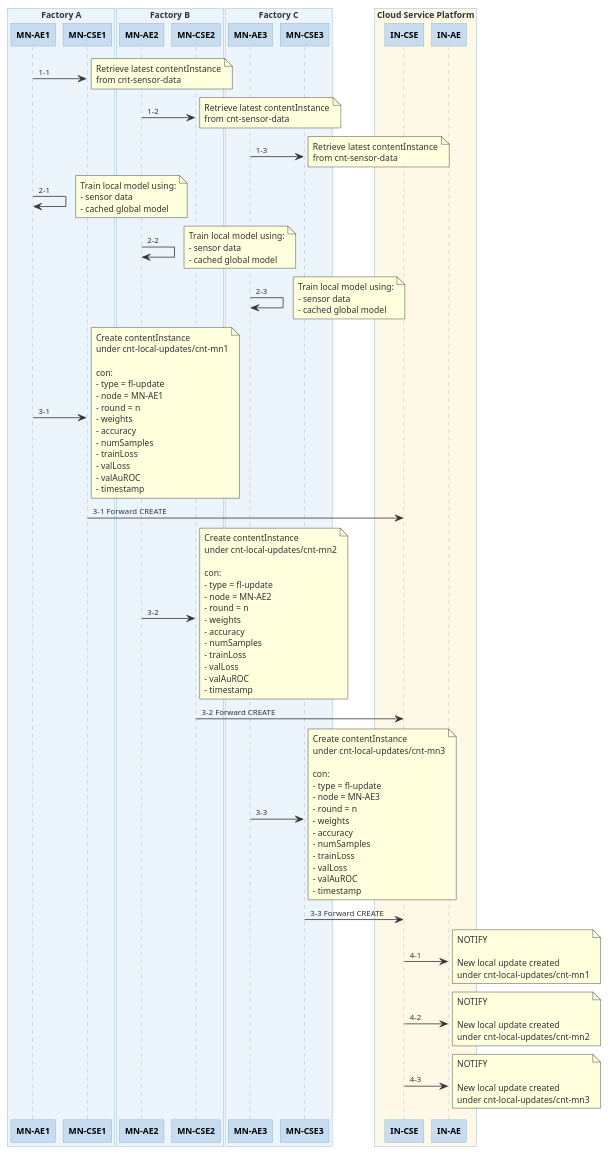
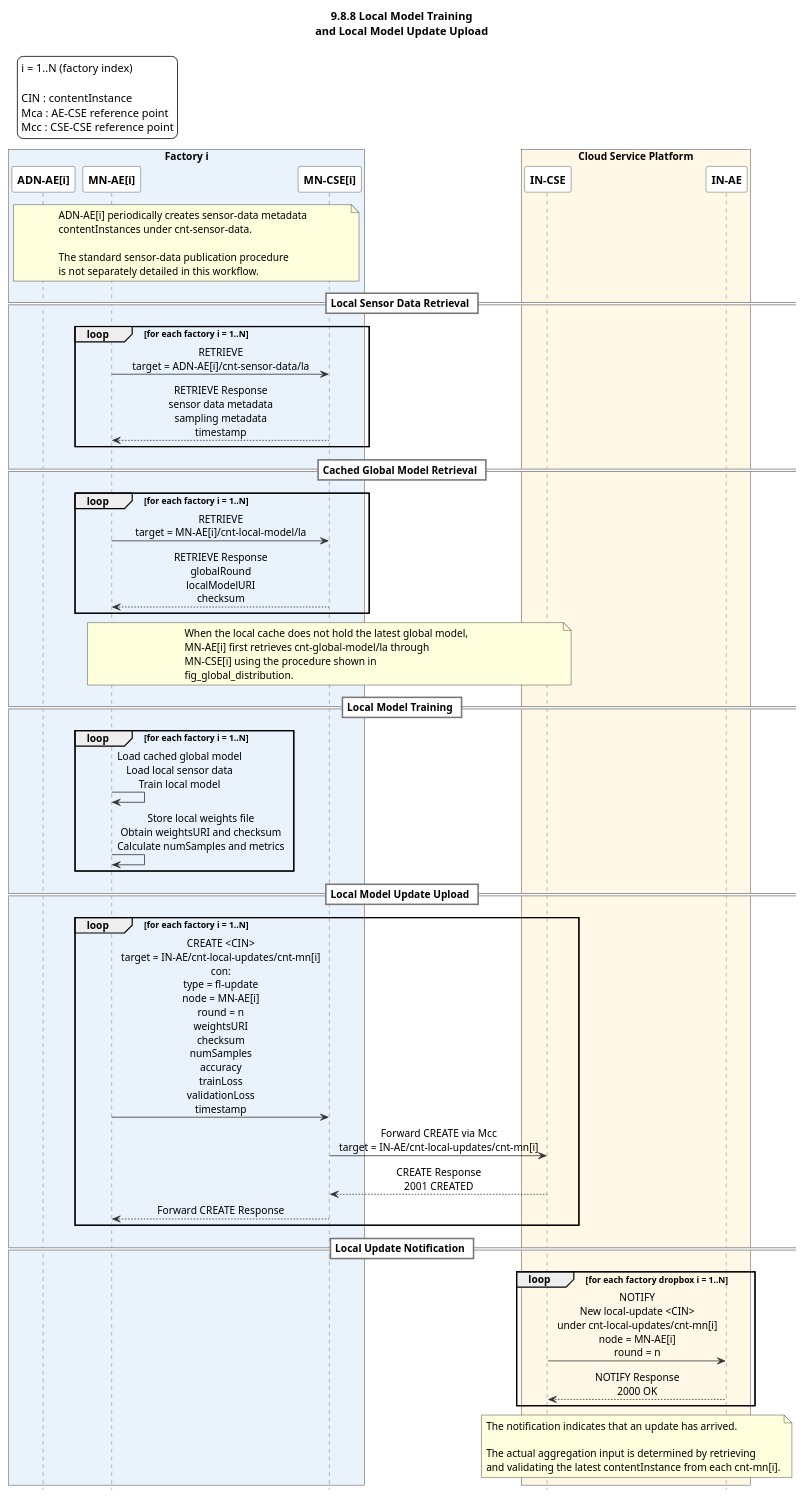
Before and after one commit to Kangjiyun1234/FL: the diagram in FL-diagrams/fig_local_training.puml, drawn with PlantUML. The commit also changed 9 other files, not shown here.

Commit message:
docs: oneM2M FL 절차 다이어그램 구조 및 표기 정리

```diff
--- a/FL-diagrams/fig_local_training.puml
+++ b/FL-diagrams/fig_local_training.puml
@@ -1,190 +1,115 @@
-@startuml fig_local_training
+@startuml
+title 9.8.8 Local Model Training\nand Local Model Update Upload
 
-skinparam roundCorner 0
-skinparam DefaultFontName Arial
-skinparam DefaultFontSize 11
-skinparam DefaultFontColor #333333
-skinparam DefaultFontStyle plain
+hide footbox
+
+skinparam backgroundColor white
+skinparam shadowing false
+skinparam defaultFontName Arial
+skinparam sequenceMessageAlign center
 
 skinparam sequence {
-    ParticipantBackgroundColor #C8DCF0
-    ParticipantFontName Arial
-    ParticipantFontColor black
-    ParticipantBorderColor #7BA7C7
-    ParticipantFontSize 11
+    ArrowColor #333333
+    LifeLineBorderColor #555555
+    LifeLineBackgroundColor white
+    ParticipantBorderColor #333333
+    ParticipantBackgroundColor white
     ParticipantFontStyle bold
-
-    ArrowColor #333333
-    ArrowFontName Arial
-    ArrowFontSize 10
-    ArrowFontColor #333333
-    ArrowFontStyle plain
-
-    LifeLineBorderColor #AAAAAA
-
-    ActivationBorderColor #7BA7C7
-    ActivationBackgroundColor #C8DCF0
-
-    NoteBackgroundColor #D6EAF8
-    NoteBorderColor #7BA7C7
-    NoteFontName Arial
-    NoteFontSize 10
-    NoteFontColor #333333
-    NoteFontStyle plain
-
-    BoxBackgroundColor #EEF5FB
-    BoxBorderColor #7BA7C7
-    BoxFontName Arial
-    BoxFontColor #333333
-    BoxFontSize 11
-    BoxFontStyle bold
+    DividerBorderColor #777777
+    DividerBackgroundColor white
+    DividerFontStyle bold
+    NoteBorderColor #777777
+    NoteBackgroundColor #FFFDF5
 }
 
-box "Factory A" #EBF5FB
-    participant "MN-AE1"  as MNAE1
-    participant "MN-CSE1" as MNCSE1
+legend top left
+  i = 1..N (factory index)
+
+  CIN : contentInstance
+  Mca : AE-CSE reference point
+  Mcc : CSE-CSE reference point
+endlegend
+
+box "Factory i" #EAF2FC
+participant "ADN-AE[i]" as ADN
+participant "MN-AE[i]" as MNAE
+participant "MN-CSE[i]" as MNCSE
 end box
 
-box "Factory B" #EBF5FB
-    participant "MN-AE2"  as MNAE2
-    participant "MN-CSE2" as MNCSE2
+box "Cloud Service Platform" #FFF8E7
+participant "IN-CSE" as INCSE
+participant "IN-AE" as INAE
 end box
 
-box "Factory C" #EBF5FB
-    participant "MN-AE3"  as MNAE3
-    participant "MN-CSE3" as MNCSE3
-end box
 
-box "Cloud Service Platform" #FEF9E7
-    participant "IN-CSE" as INCSE
-    participant "IN-AE"  as INAE
-end box
+note over ADN, MNCSE
+ADN-AE[i] periodically creates sensor-data metadata
+contentInstances under cnt-sensor-data.
 
-' Step 1
-MNAE1 -> MNCSE1 : 1-1
-note right
-  Retrieve latest contentInstance
-  from cnt-sensor-data
+The standard sensor-data publication procedure
+is not separately detailed in this workflow.
 end note
 
-MNAE2 -> MNCSE2 : 1-2
-note right
-  Retrieve latest contentInstance
-  from cnt-sensor-data
+
+== Local Sensor Data Retrieval ==
+
+loop for each factory i = 1..N
+    MNAE -> MNCSE : RETRIEVE\ntarget = ADN-AE[i]/cnt-sensor-data/la
+
+    MNCSE --> MNAE : RETRIEVE Response\nsensor data metadata\nsampling metadata\ntimestamp
+end
+
+
+== Cached Global Model Retrieval ==
+
+loop for each factory i = 1..N
+    MNAE -> MNCSE : RETRIEVE\ntarget = MN-AE[i]/cnt-local-model/la
+
+    MNCSE --> MNAE : RETRIEVE Response\nglobalRound\nlocalModelURI\nchecksum
+end
+
+note over MNAE, INCSE
+When the local cache does not hold the latest global model,
+MN-AE[i] first retrieves cnt-global-model/la through
+MN-CSE[i] using the procedure shown in
+fig_global_distribution.
 end note
 
-MNAE3 -> MNCSE3 : 1-3
-note right
-  Retrieve latest contentInstance
-  from cnt-sensor-data
-end note
 
-' Step 2
-MNAE1 -> MNAE1 : 2-1
-note right
-  Train local model using:
-  - sensor data
-  - cached global model
-end note
+== Local Model Training ==
 
-MNAE2 -> MNAE2 : 2-2
-note right
-  Train local model using:
-  - sensor data
-  - cached global model
-end note
+loop for each factory i = 1..N
+    MNAE -> MNAE : Load cached global model\nLoad local sensor data\nTrain local model
 
-MNAE3 -> MNAE3 : 2-3
-note right
-  Train local model using:
-  - sensor data
-  - cached global model
-end note
+    MNAE -> MNAE : Store local weights file\nObtain weightsURI and checksum\nCalculate numSamples and metrics
+end
 
-' Step 3
-MNAE1 -> MNCSE1 : 3-1
-note right
-  Create contentInstance
-  under cnt-local-updates/cnt-mn1
 
-  con:
-  - type = fl-update
-  - node = MN-AE1
-  - round = n
-  - weights
-  - accuracy
-  - numSamples
-  - trainLoss
-  - valLoss
-  - valAuROC
-  - timestamp
-end note
+== Local Model Update Upload ==
 
-MNCSE1 -> INCSE : 3-1 Forward CREATE
+loop for each factory i = 1..N
+    MNAE -> MNCSE : CREATE <CIN>\ntarget = IN-AE/cnt-local-updates/cnt-mn[i]\ncon:\ntype = fl-update\nnode = MN-AE[i]\nround = n\nweightsURI\nchecksum\nnumSamples\naccuracy\ntrainLoss\nvalidationLoss\ntimestamp
 
-MNAE2 -> MNCSE2 : 3-2
-note right
-  Create contentInstance
-  under cnt-local-updates/cnt-mn2
+    MNCSE -> INCSE : Forward CREATE via Mcc\ntarget = IN-AE/cnt-local-updates/cnt-mn[i]
 
-  con:
-  - type = fl-update
-  - node = MN-AE2
-  - round = n
-  - weights
-  - accuracy
-  - numSamples
-  - trainLoss
-  - valLoss
-  - valAuROC
-  - timestamp
-end note
+    INCSE --> MNCSE : CREATE Response\n2001 CREATED
+    MNCSE --> MNAE : Forward CREATE Response
+end
 
-MNCSE2 -> INCSE : 3-2 Forward CREATE
 
-MNAE3 -> MNCSE3 : 3-3
-note right
-  Create contentInstance
-  under cnt-local-updates/cnt-mn3
+== Local Update Notification ==
 
-  con:
-  - type = fl-update
-  - node = MN-AE3
-  - round = n
-  - weights
-  - accuracy
-  - numSamples
-  - trainLoss
-  - valLoss
-  - valAuROC
-  - timestamp
-end note
+loop for each factory dropbox i = 1..N
+    INCSE -> INAE : NOTIFY\nNew local-update <CIN>\nunder cnt-local-updates/cnt-mn[i]\nnode = MN-AE[i]\nround = n
 
-MNCSE3 -> INCSE : 3-3 Forward CREATE
+    INAE --> INCSE : NOTIFY Response\n2000 OK
+end
 
-' Step 4
-INCSE -> INAE : 4-1
-note right
-  NOTIFY
+note over INCSE, INAE
+The notification indicates that an update has arrived.
 
-  New local update created
-  under cnt-local-updates/cnt-mn1
-end note
-
-INCSE -> INAE : 4-2
-note right
-  NOTIFY
-
-  New local update created
-  under cnt-local-updates/cnt-mn2
-end note
-
-INCSE -> INAE : 4-3
-note right
-  NOTIFY
-
-  New local update created
-  under cnt-local-updates/cnt-mn3
+The actual aggregation input is determined by retrieving
+and validating the latest contentInstance from each cnt-mn[i].
 end note
 
 @enduml
```
